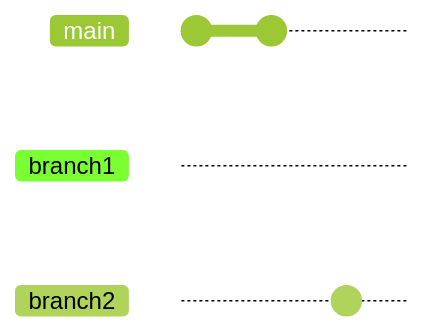
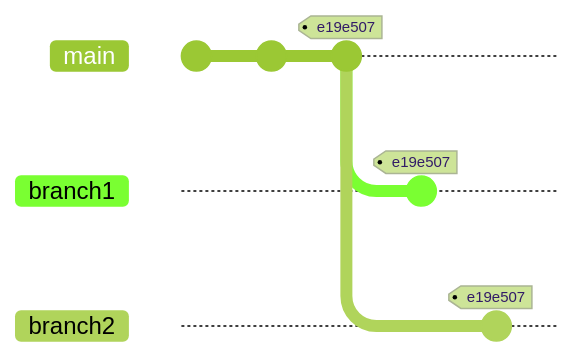
One commit to crosleyzack/docs changed the second of 5 diagrams in git.md. Above: the diagram before and after it, drawn with Mermaid (forest theme). The commit also changed other lines of this file, not shown here. Commit ids are hidden.

Commit message:
fix git graphs

````diff
--- a/git.md
+++ b/git.md
@@ -142,12 +142,12 @@
 ```mermaid
     gitGraph
-        commit id: "22fe2d6"
-        commit id: "971a2d0"
-        commit id: "e19e507"
+        commit
+        commit
+        commit tag: "e19e507"
         branch branch1
         branch branch2
         checkout branch1
-        commit id:"e19e507"
+        commit tag:"e19e507"
         checkout branch2
-        commit id:"e19e507"
+        commit tag:"e19e507"
 ```
````
